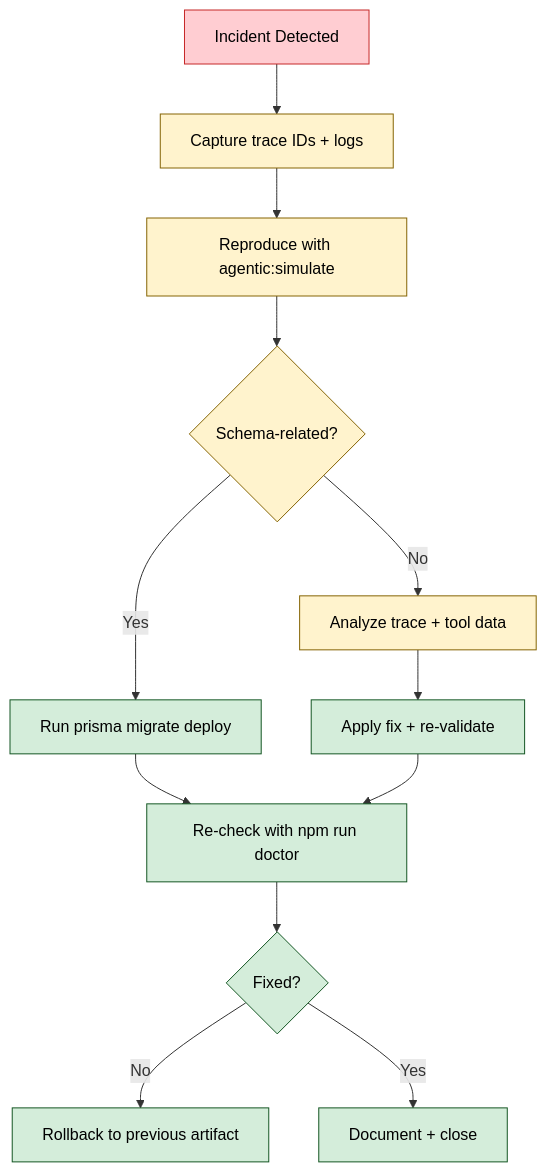
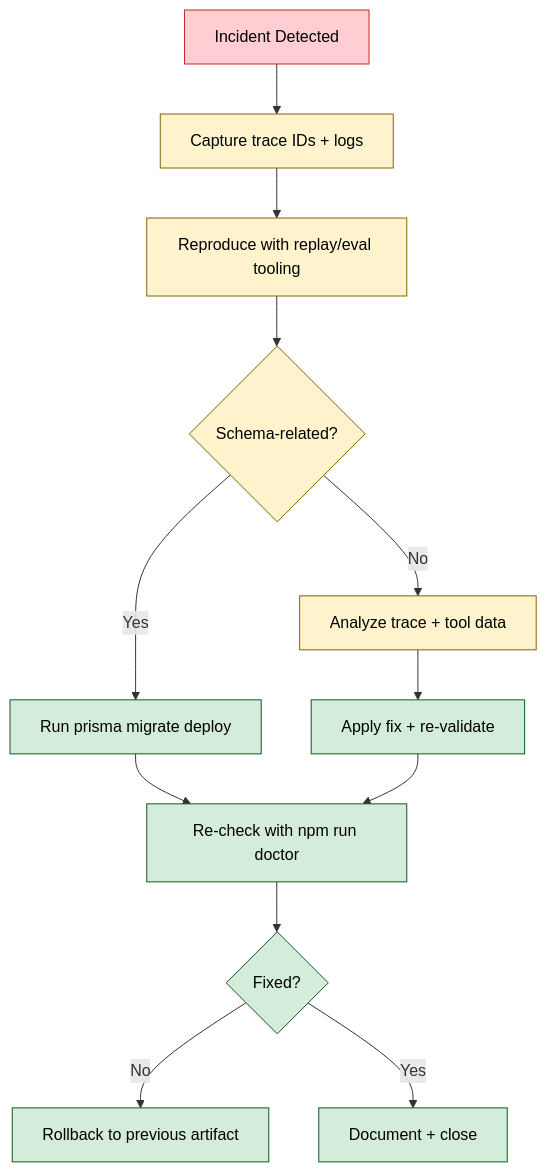
Before and after one commit to BokX1/Sage: the third of 3 diagrams in docs/operations/RUNBOOK.md, drawn with Mermaid. The commit also changed other lines of this file and 7 other files, not shown here.

````diff
--- a/docs/operations/RUNBOOK.md
+++ b/docs/operations/RUNBOOK.md
@@ -170,18 +170,18 @@
 ```mermaid
 flowchart TD
     classDef detect fill:#ffcdd2,stroke:#c62828,color:black
     classDef investigate fill:#fff3cd,stroke:#856404,color:black
     classDef resolve fill:#d4edda,stroke:#155724,color:black
 
     A[Incident Detected]:::detect --> B[Capture trace IDs + logs]:::investigate
-    B --> C[Reproduce with agentic:simulate]:::investigate
+    B --> C[Reproduce with replay/eval tooling]:::investigate
     C --> D{Schema-related?}:::investigate
     D -->|Yes| E[Run prisma migrate deploy]:::resolve
     D -->|No| F[Analyze trace + tool data]:::investigate
     F --> G[Apply fix + re-validate]:::resolve
     E --> H[Re-check with npm run doctor]:::resolve
     G --> H
     H --> I{Fixed?}:::resolve
     I -->|No| J[Rollback to previous artifact]:::resolve
     I -->|Yes| K[Document + close]:::resolve
 ```
````
